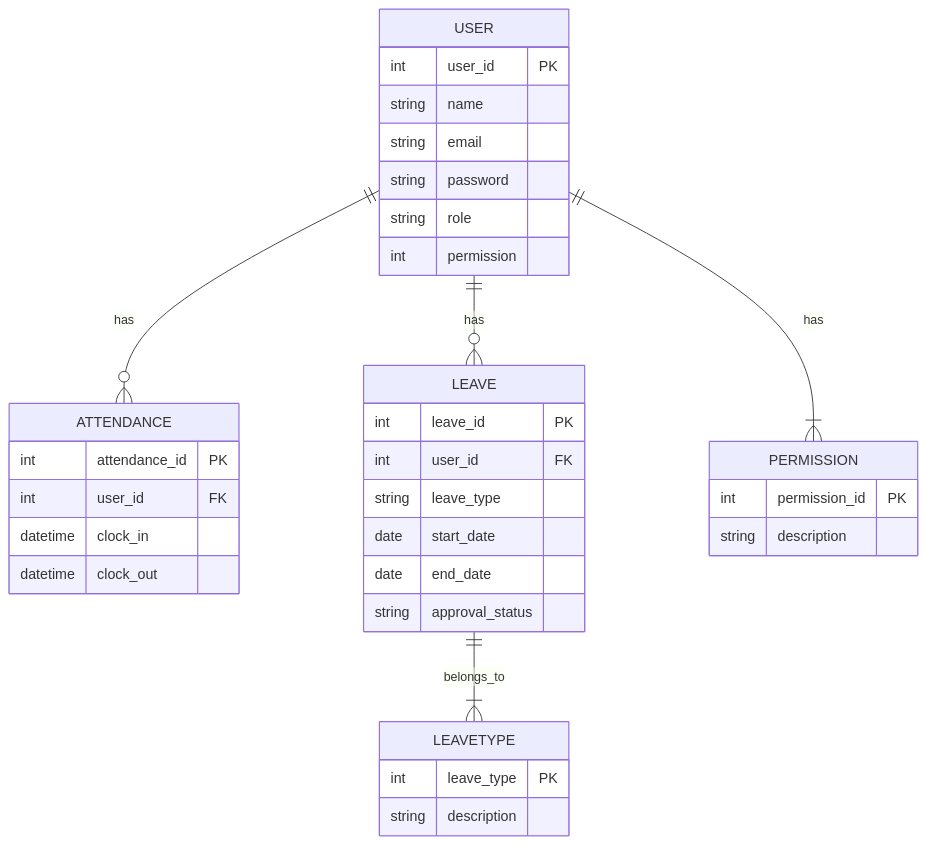
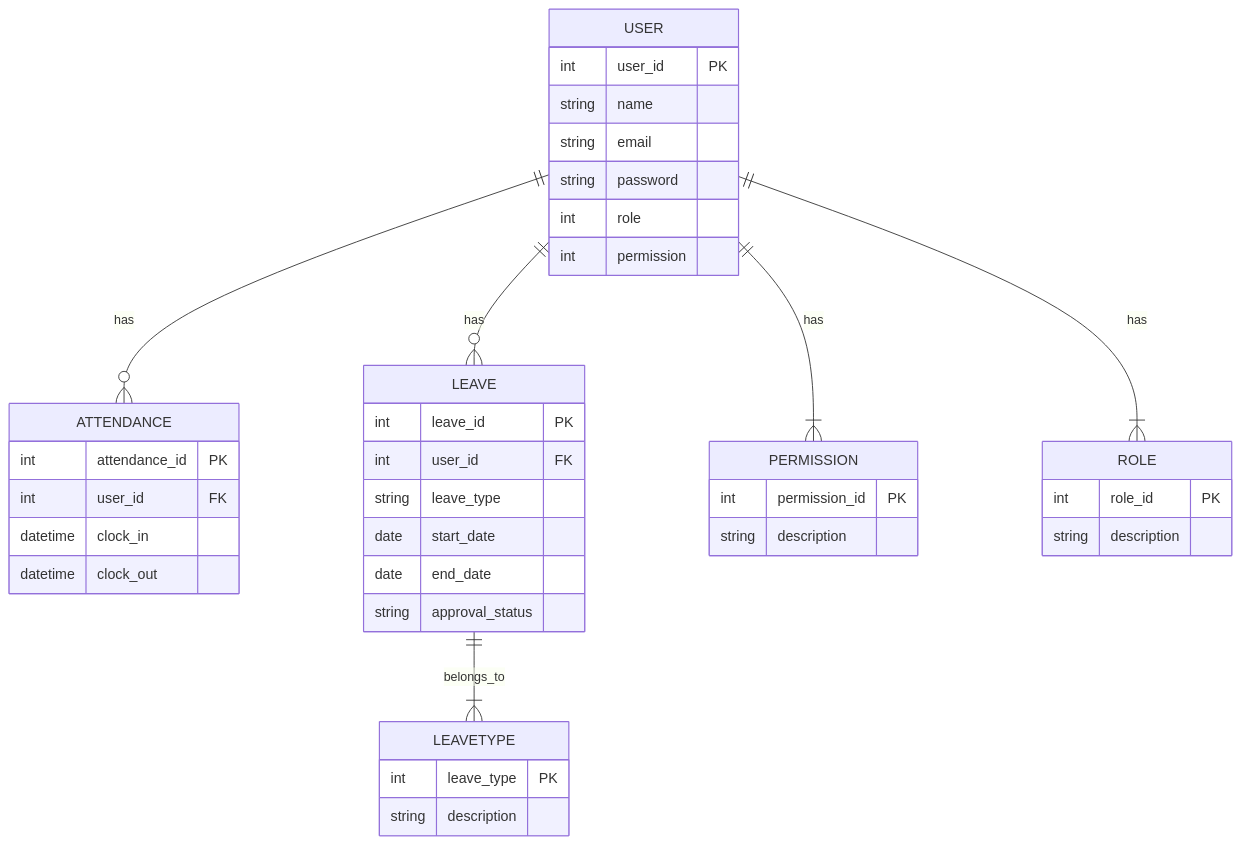
Before and after one commit to user-1333/harry-inoue-educure-app: the diagram in 要件定義.md, drawn with Mermaid. The commit also changed other lines of this file, not shown here.

Commit message:
role table 追加

```````diff
--- a/要件定義.md
+++ b/要件定義.md
@@ -29,37 +29,42 @@
 ```mermaid
 erDiagram
     USER {
         int user_id PK
         string name
         string email
         string password
-        string role
+        int role
         int permission
     }
     ATTENDANCE {
         int attendance_id PK
         int user_id FK
         datetime clock_in
         datetime clock_out
     }
     LEAVE {
         int leave_id PK
         int user_id FK
         string leave_type
         date start_date
         date end_date
         string approval_status
     }
     LEAVETYPE {
         int leave_type PK
         string description
     }
     PERMISSION {
         int permission_id PK
         string description
     }
+    ROLE {
+        int role_id PK
+        string description
+    }
     USER ||--o{ ATTENDANCE : has
     USER ||--o{ LEAVE : has
     LEAVE ||--|{ LEAVETYPE : belongs_to
     USER ||--|{ PERMISSION : has
+    USER ||--|{ ROLE : has
 ``````
```````
